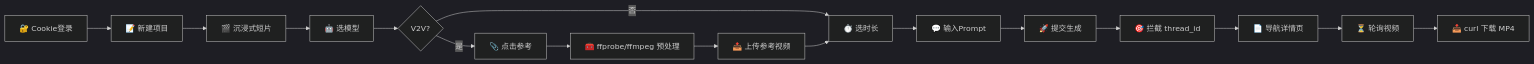
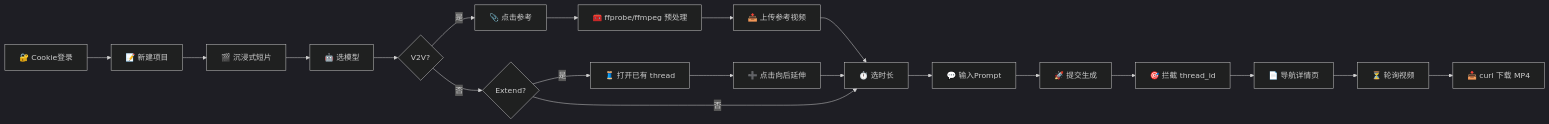
One commit to cclank/lanshu-waytovideo changed the diagram in README.md. Above: the diagram before and after it, drawn with Mermaid (dark theme). The commit also changed other lines of this file and 2 other files, not shown here.

Commit message:
add extend mode for jianying worker

````diff
--- a/README.md
+++ b/README.md
@@ -152,18 +163,22 @@
 ```mermaid
 graph LR
     A[🔐 Cookie登录] --> B[📝 新建项目]
     B --> C[🎬 沉浸式短片]
     C --> D[🤖 选模型]
     D --> E{V2V?}
     E -->|是| F[📎 点击参考]
     F --> G[🧰 ffprobe/ffmpeg 预处理]
     G --> H[📤 上传参考视频]
-    E -->|否| I[⏱️ 选时长]
-    H --> I
-    I --> J[💬 输入Prompt]
-    J --> K[🚀 提交生成]
-    K --> L[🎯 拦截 thread_id]
-    L --> M[📄 导航详情页]
-    M --> N[⏳ 轮询视频]
-    N --> O[📥 curl 下载 MP4]
+    E -->|否| I{Extend?}
+    I -->|是| J[🧵 打开已有 thread]
+    J --> K[➕ 点击向后延伸]
+    I -->|否| L[⏱️ 选时长]
+    H --> L
+    K --> L
+    L --> M[💬 输入Prompt]
+    M --> N[🚀 提交生成]
+    N --> O[🎯 拦截 thread_id]
+    O --> P[📄 导航详情页]
+    P --> Q[⏳ 轮询视频]
+    Q --> R[📥 curl 下载 MP4]
 ```
````
